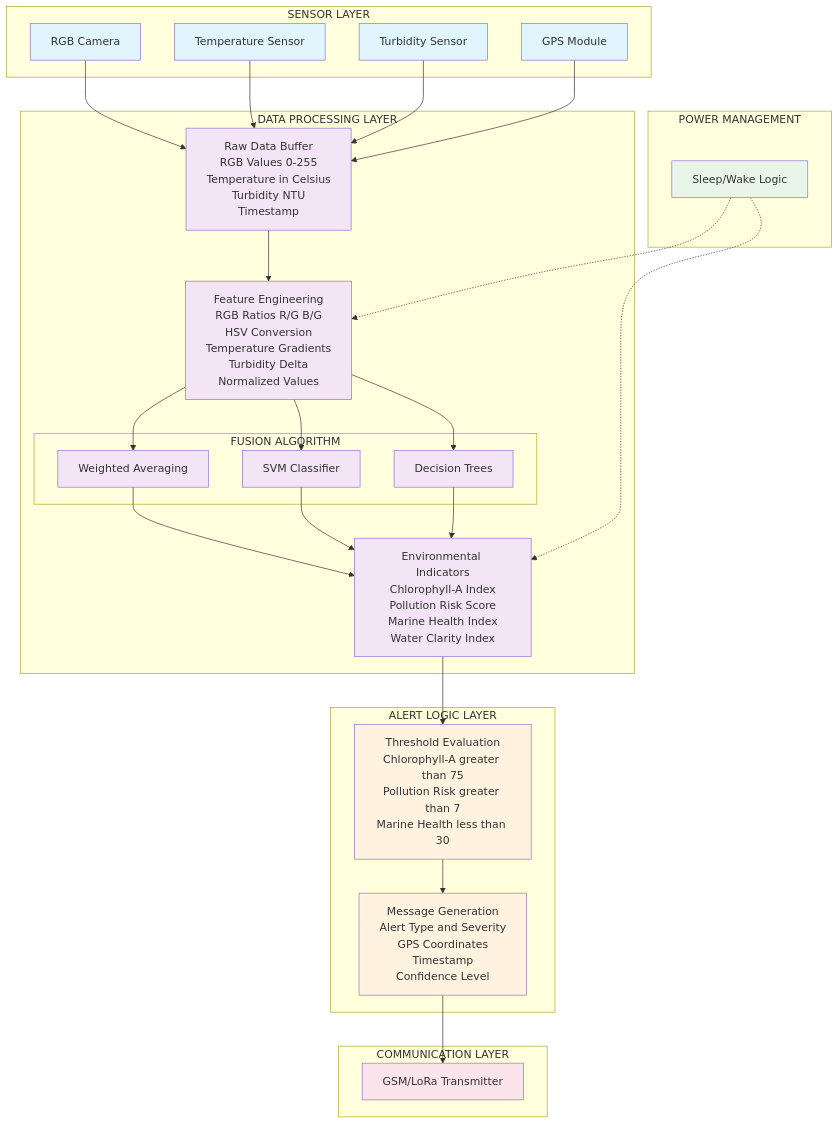
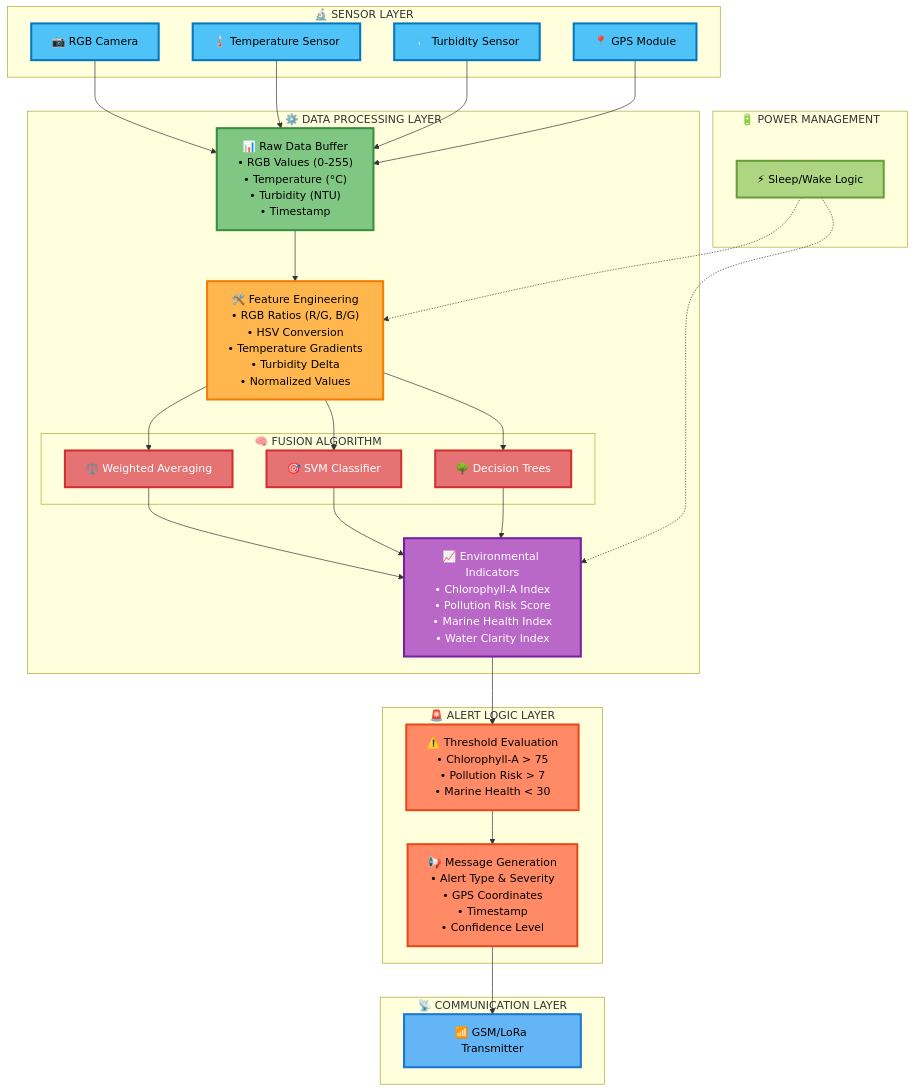
One commit to vikrantwiz02/DFP-13 changed the first of 9 diagrams in Phase-2.md. Above: the diagram before and after it, drawn with Mermaid.

Commit message:
Enhance diagram clarity and visual appeal in Phase 2 documentation with improved icons and color scheme

````diff
--- a/Phase-2.md
+++ b/Phase-2.md
@@ -52,68 +52,76 @@
 ```mermaid
 graph TB
-    subgraph SL ["SENSOR LAYER"]
-        RGB[RGB Camera]
-        TEMP[Temperature Sensor]
-        TURB[Turbidity Sensor]
-        GPS[GPS Module]
+    subgraph SL ["🔬 SENSOR LAYER"]
+        RGB["📷 RGB Camera"]
+        TEMP["🌡️ Temperature Sensor"]
+        TURB["💧 Turbidity Sensor"]
+        GPS["📍 GPS Module"]
     end
     
-    subgraph DPL ["DATA PROCESSING LAYER"]
-        BUFFER["Raw Data Buffer<br/>RGB Values 0-255<br/>Temperature in Celsius<br/>Turbidity NTU<br/>Timestamp"]
-        FEATURE["Feature Engineering<br/>RGB Ratios R/G B/G<br/>HSV Conversion<br/>Temperature Gradients<br/>Turbidity Delta<br/>Normalized Values"]
+    subgraph DPL ["⚙️ DATA PROCESSING LAYER"]
+        BUFFER["📊 Raw Data Buffer<br/>• RGB Values (0-255)<br/>• Temperature (°C)<br/>• Turbidity (NTU)<br/>• Timestamp"]
+        FEATURE["🛠️ Feature Engineering<br/>• RGB Ratios (R/G, B/G)<br/>• HSV Conversion<br/>• Temperature Gradients<br/>• Turbidity Delta<br/>• Normalized Values"]
         
-        subgraph FA ["FUSION ALGORITHM"]
-            WEIGHTED[Weighted Averaging]
-            SVM[SVM Classifier]
-            TREE[Decision Trees]
+        subgraph FA ["🧠 FUSION ALGORITHM"]
+            WEIGHTED["⚖️ Weighted Averaging"]
+            SVM["🎯 SVM Classifier"]
+            TREE["🌳 Decision Trees"]
         end
         
-        INDICATORS["Environmental Indicators<br/>Chlorophyll-A Index<br/>Pollution Risk Score<br/>Marine Health Index<br/>Water Clarity Index"]
+        INDICATORS["📈 Environmental Indicators<br/>• Chlorophyll-A Index<br/>• Pollution Risk Score<br/>• Marine Health Index<br/>• Water Clarity Index"]
     end
     
-    subgraph ALL ["ALERT LOGIC LAYER"]
-        THRESHOLD["Threshold Evaluation<br/>Chlorophyll-A greater than 75<br/>Pollution Risk greater than 7<br/>Marine Health less than 30"]
-        MESSAGE["Message Generation<br/>Alert Type and Severity<br/>GPS Coordinates<br/>Timestamp<br/>Confidence Level"]
+    subgraph ALL ["🚨 ALERT LOGIC LAYER"]
+        THRESHOLD["⚠️ Threshold Evaluation<br/>• Chlorophyll-A > 75<br/>• Pollution Risk > 7<br/>• Marine Health < 30"]
+        MESSAGE["📢 Message Generation<br/>• Alert Type & Severity<br/>• GPS Coordinates<br/>• Timestamp<br/>• Confidence Level"]
     end
     
-    subgraph PM ["POWER MANAGEMENT"]
-        POWER[Sleep/Wake Logic]
+    subgraph PM ["🔋 POWER MANAGEMENT"]
+        POWER["⚡ Sleep/Wake Logic"]
     end
     
-    subgraph CL ["COMMUNICATION LAYER"]
-        COMM[GSM/LoRa Transmitter]
+    subgraph CL ["📡 COMMUNICATION LAYER"]
+        COMM["📶 GSM/LoRa Transmitter"]
     end
     
     RGB --> BUFFER
     TEMP --> BUFFER
     TURB --> BUFFER
     GPS --> BUFFER
     
     BUFFER --> FEATURE
     FEATURE --> WEIGHTED
     FEATURE --> SVM
     FEATURE --> TREE
     
     WEIGHTED --> INDICATORS
     SVM --> INDICATORS
     TREE --> INDICATORS
     
     INDICATORS --> THRESHOLD
     THRESHOLD --> MESSAGE
     MESSAGE --> COMM
     
     POWER -.-> FEATURE
     POWER -.-> INDICATORS
     
-    classDef sensorStyle fill:#e1f5fe
-    classDef processStyle fill:#f3e5f5
-    classDef alertStyle fill:#fff3e0
-    classDef powerStyle fill:#e8f5e8
-    classDef commStyle fill:#fce4ec
+    %% Enhanced color scheme with better contrast
+    classDef sensorStyle fill:#4fc3f7,stroke:#0277bd,stroke-width:3px,color:#000
+    classDef bufferStyle fill:#81c784,stroke:#388e3c,stroke-width:3px,color:#000
+    classDef featureStyle fill:#ffb74d,stroke:#f57c00,stroke-width:3px,color:#000
+    classDef algoStyle fill:#e57373,stroke:#d32f2f,stroke-width:3px,color:#fff
+    classDef indicatorStyle fill:#ba68c8,stroke:#7b1fa2,stroke-width:3px,color:#fff
+    classDef alertStyle fill:#ff8a65,stroke:#e64a19,stroke-width:3px,color:#000
+    classDef powerStyle fill:#aed581,stroke:#689f38,stroke-width:3px,color:#000
+    classDef commStyle fill:#64b5f6,stroke:#1976d2,stroke-width:3px,color:#000
+    classDef subgraphStyle fill:#f5f5f5,stroke:#424242,stroke-width:2px
     
     class RGB,TEMP,TURB,GPS sensorStyle
-    class BUFFER,FEATURE,WEIGHTED,SVM,TREE,INDICATORS processStyle
+    class BUFFER bufferStyle
+    class FEATURE featureStyle
+    class WEIGHTED,SVM,TREE algoStyle
+    class INDICATORS indicatorStyle
     class THRESHOLD,MESSAGE alertStyle
     class POWER powerStyle
     class COMM commStyle
 ```
````
